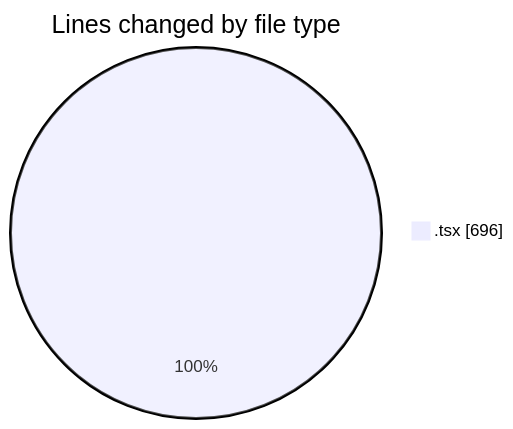
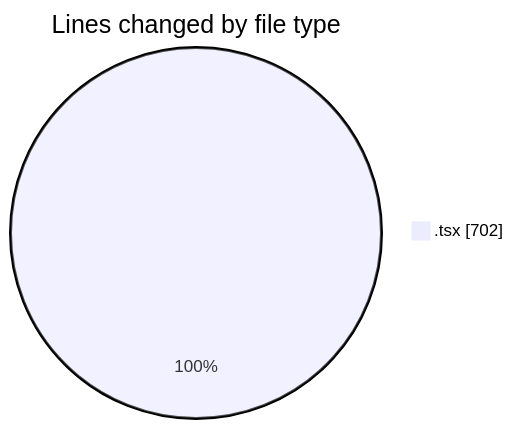
One commit to Ritupan-Deka/code-tracking changed the first of 2 diagrams in 2025-10-15/scopecraft/README.md. Above: the diagram before and after it, drawn with Mermaid. The commit also changed other lines of this file and 1 other file, not shown here.

````diff
--- a/2025-10-15/scopecraft/README.md
+++ b/2025-10-15/scopecraft/README.md
@@ -22,5 +22,5 @@
 ```mermaid
 pie showData
 title Lines changed by file type
-".tsx" : 696
+".tsx" : 702
 ```
````
